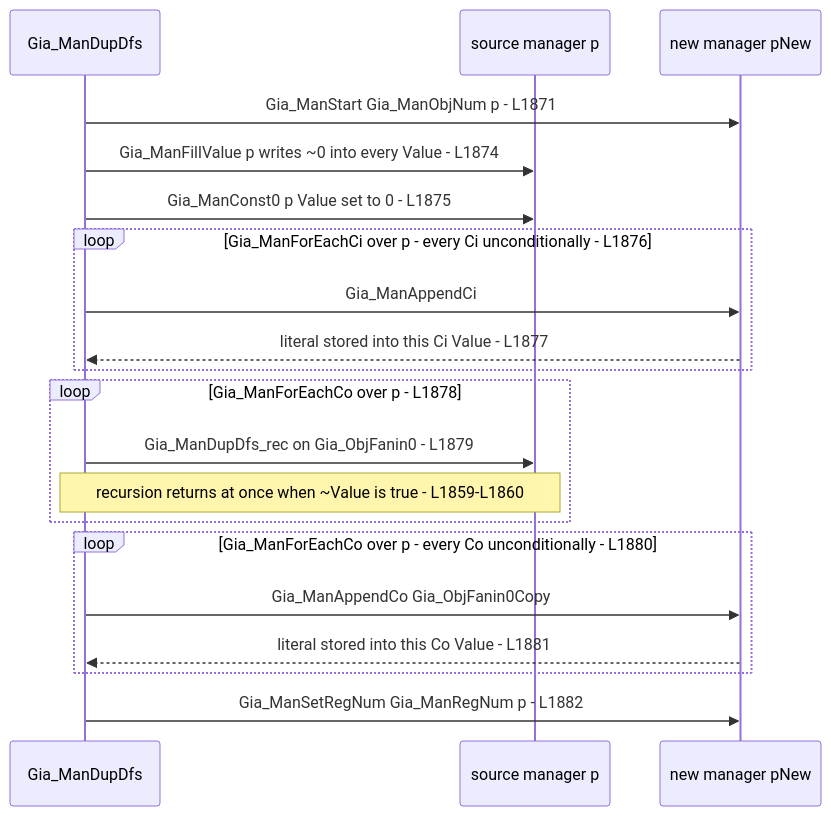
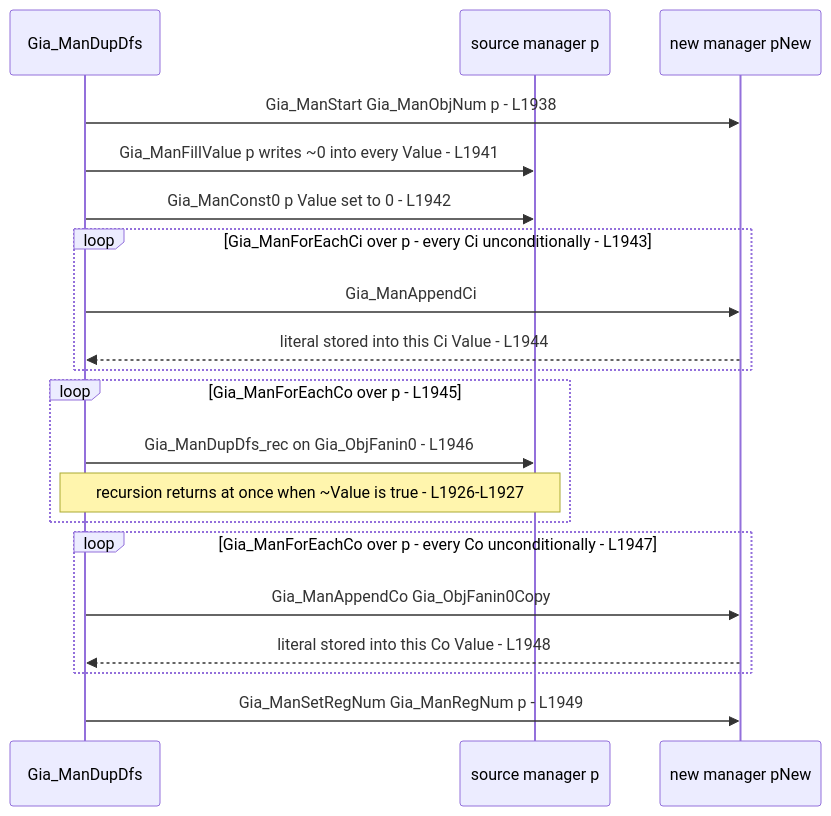
One commit to blitzy-research/abc changed the ninth of 10 diagrams in src/aig/gia/README.md. Above: the diagram before and after it, drawn with Mermaid. The commit also changed other lines of this file and 3 other files, not shown here.

````diff
--- a/src/aig/gia/README.md
+++ b/src/aig/gia/README.md
@@ -1042,22 +1049,22 @@
 ```mermaid
 sequenceDiagram
     participant Pass as Gia_ManDupDfs
     participant Old as source manager p
     participant New as new manager pNew
-    Pass->>New: Gia_ManStart Gia_ManObjNum p - L1871
-    Pass->>Old: Gia_ManFillValue p writes ~0 into every Value - L1874
-    Pass->>Old: Gia_ManConst0 p Value set to 0 - L1875
-    loop Gia_ManForEachCi over p - every Ci unconditionally - L1876
+    Pass->>New: Gia_ManStart Gia_ManObjNum p - L1938
+    Pass->>Old: Gia_ManFillValue p writes ~0 into every Value - L1941
+    Pass->>Old: Gia_ManConst0 p Value set to 0 - L1942
+    loop Gia_ManForEachCi over p - every Ci unconditionally - L1943
         Pass->>New: Gia_ManAppendCi
-        New-->>Pass: literal stored into this Ci Value - L1877
+        New-->>Pass: literal stored into this Ci Value - L1944
     end
-    loop Gia_ManForEachCo over p - L1878
-        Pass->>Old: Gia_ManDupDfs_rec on Gia_ObjFanin0 - L1879
-        Note over Pass,Old: recursion returns at once when ~Value is true - L1859-L1860
+    loop Gia_ManForEachCo over p - L1945
+        Pass->>Old: Gia_ManDupDfs_rec on Gia_ObjFanin0 - L1946
+        Note over Pass,Old: recursion returns at once when ~Value is true - L1926-L1927
     end
-    loop Gia_ManForEachCo over p - every Co unconditionally - L1880
+    loop Gia_ManForEachCo over p - every Co unconditionally - L1947
         Pass->>New: Gia_ManAppendCo Gia_ObjFanin0Copy
-        New-->>Pass: literal stored into this Co Value - L1881
+        New-->>Pass: literal stored into this Co Value - L1948
     end
-    Pass->>New: Gia_ManSetRegNum Gia_ManRegNum p - L1882
+    Pass->>New: Gia_ManSetRegNum Gia_ManRegNum p - L1949
 ```
````
